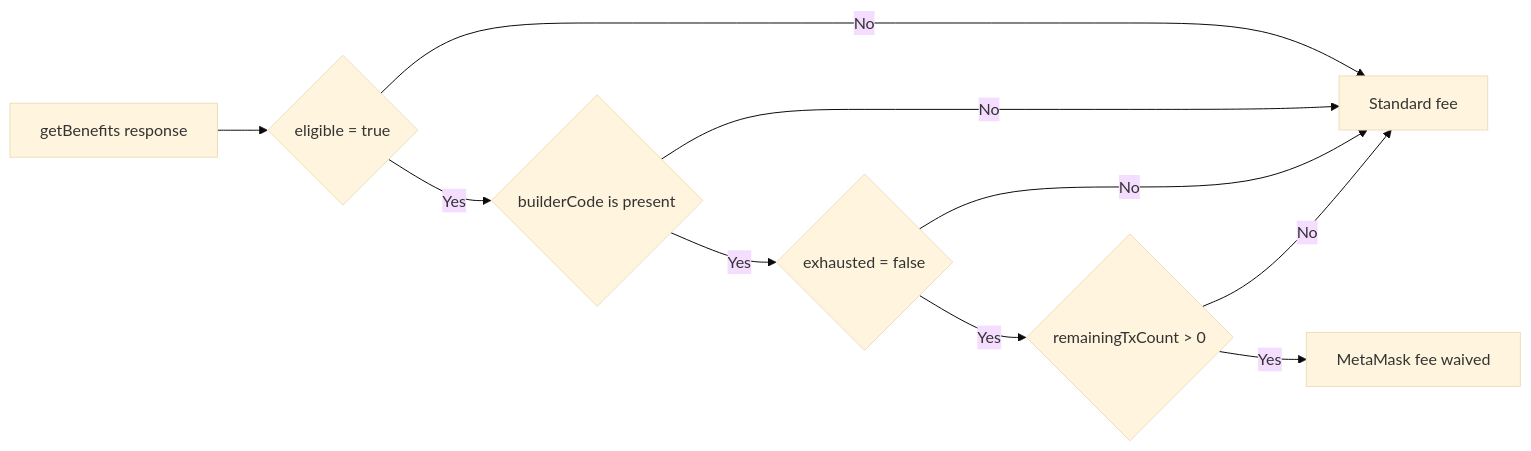
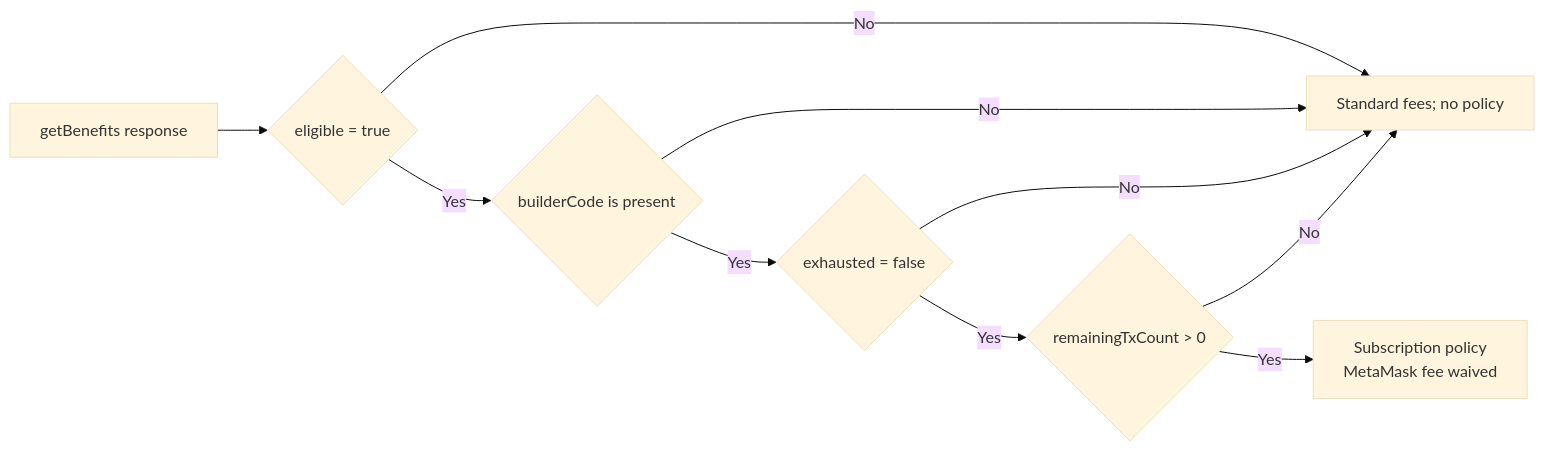
The third of 3 diagrams in docs/predict/pro-membership-fee-waiver-plan.md (MetaMask/metamask-mobile), drawn with Mermaid (base theme) before and after one commit. The commit also changed other lines of this file, not shown here.

````diff
--- a/docs/predict/pro-membership-fee-waiver-plan.md
+++ b/docs/predict/pro-membership-fee-waiver-plan.md
@@ -61,12 +71,12 @@
 ```mermaid
 flowchart LR
   A[getBenefits response] --> B{eligible = true}
-  B -->|No| S[Standard fee]
+  B -->|No| S[Standard fees; no policy]
   B -->|Yes| C{builderCode is present}
   C -->|No| S
   C -->|Yes| D{exhausted = false}
   D -->|No| S
   D -->|Yes| E{remainingTxCount > 0}
   E -->|No| S
-  E -->|Yes| W[MetaMask fee waived]
+  E -->|Yes| W[Subscription policy<br/>MetaMask fee waived]
 ```
````
